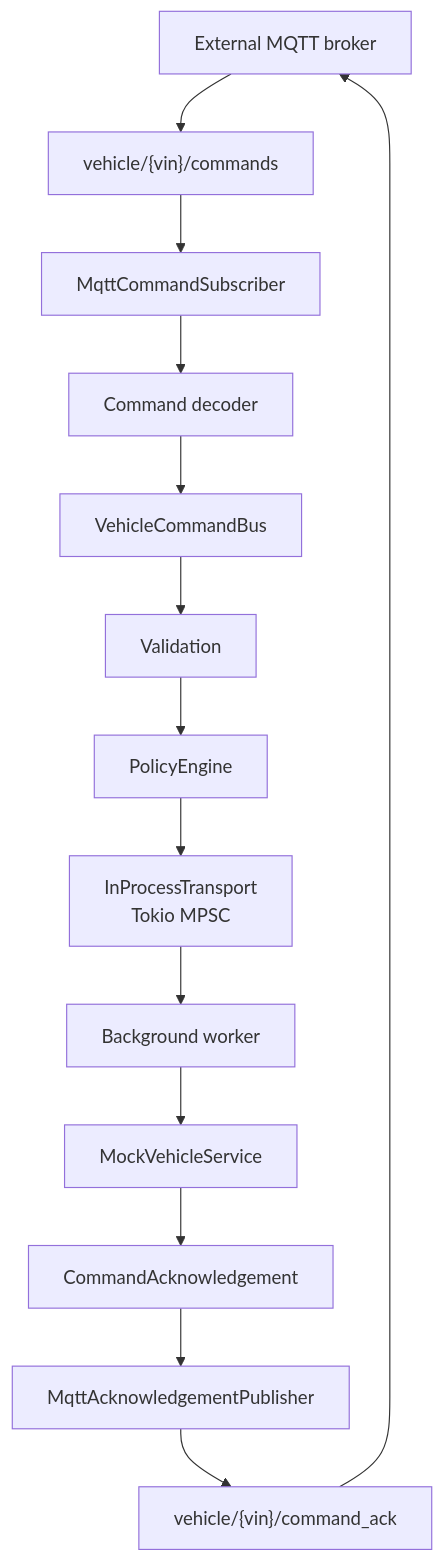
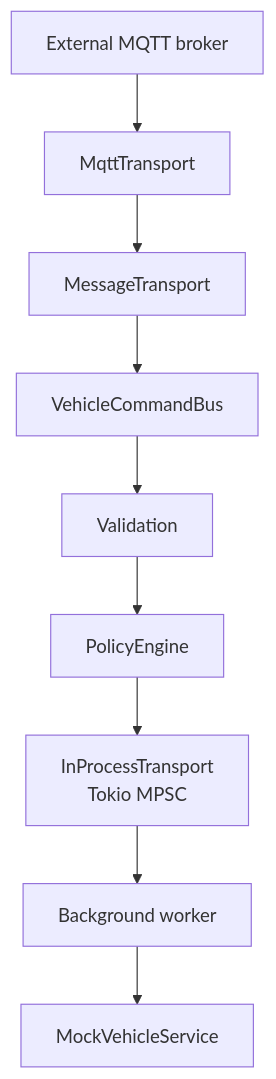
Before and after one commit to johnwhitton/ford-infotainment: the second of 3 diagrams in docs/coding/DESIGN.md, drawn with Mermaid. The commit also changed other lines of this file and 2 other files, not shown here.

````diff
--- a/docs/coding/DESIGN.md
+++ b/docs/coding/DESIGN.md
@@ -338,30 +352,21 @@
 ```mermaid
 flowchart TD
     Broker["External MQTT broker"]
-    TopicIn["vehicle/{vin}/commands"]
-    Subscriber["MqttCommandSubscriber"]
-    Decoder["Command decoder"]
+    MqttTransport["MqttTransport"]
+    MessageTransport["MessageTransport"]
     Bus["VehicleCommandBus"]
     Validation["Validation"]
     Policy["PolicyEngine"]
     InternalTransport["InProcessTransport<br/>Tokio MPSC"]
     Worker["Background worker"]
     Vehicle["MockVehicleService"]
-    Ack["CommandAcknowledgement"]
-    Publisher["MqttAcknowledgementPublisher"]
-    TopicOut["vehicle/{vin}/command_ack"]
 
-    Broker --> TopicIn
-    TopicIn --> Subscriber
-    Subscriber --> Decoder
-    Decoder --> Bus
+    Broker --> MqttTransport
+    MqttTransport --> MessageTransport
+    MessageTransport --> Bus
     Bus --> Validation
     Validation --> Policy
     Policy --> InternalTransport
     InternalTransport --> Worker
     Worker --> Vehicle
-    Vehicle --> Ack
-    Ack --> Publisher
-    Publisher --> TopicOut
-    TopicOut --> Broker
 ```
````
